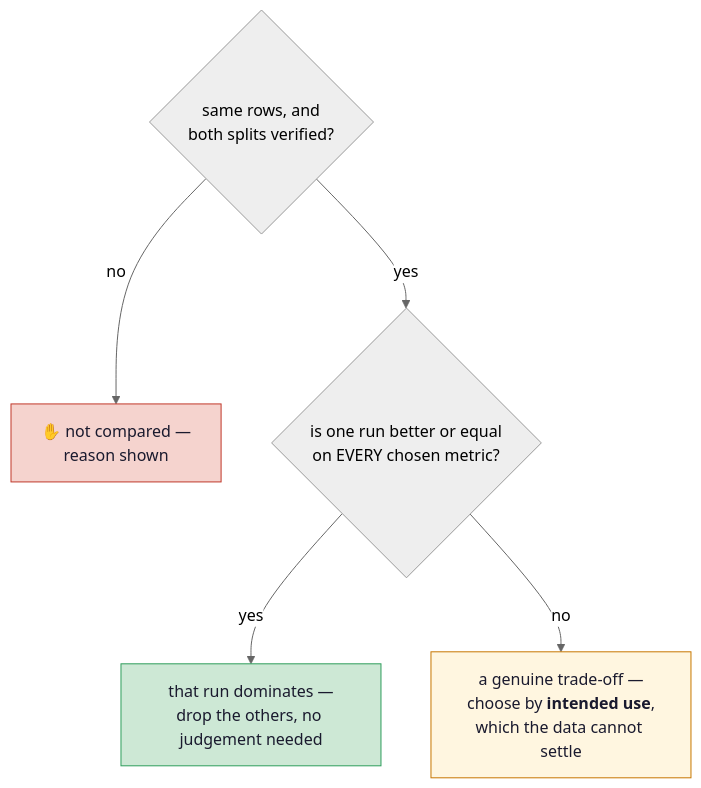
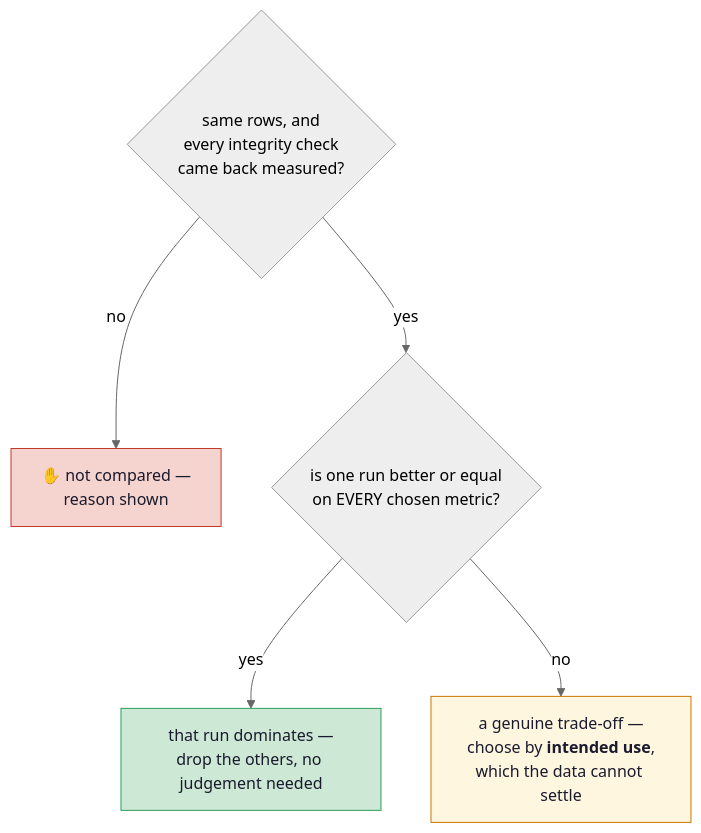
One commit to sabrinahartung/verifai-medical changed the fourth of 5 diagrams in docs/data-model.md. Above: the diagram before and after it, drawn with Mermaid (neutral theme). The commit also changed other lines of this file and 36 other files, not shown here.

````diff
--- a/docs/data-model.md
+++ b/docs/data-model.md
@@ -193,11 +199,11 @@
 ```mermaid
 flowchart TB
-    Q1{"same rows, and<br/>both splits verified?"}
+    Q1{"same rows, and<br/>every integrity check<br/>came back measured?"}
     Q1 -->|no| R1["✋ not compared —<br/>reason shown"]
     Q1 -->|yes| Q2{"is one run better or equal<br/>on EVERY chosen metric?"}
     Q2 -->|yes| R2["that run dominates —<br/>drop the others, no judgement needed"]
     Q2 -->|no| R3["a genuine trade-off —<br/>choose by <b>intended use</b>,<br/>which the data cannot settle"]
     style R1 fill:#F5D3CE,stroke:#C0392B,color:#1a1a2e
     style R2 fill:#CDE8D5,stroke:#2E9E5B,color:#1a1a2e
     style R3 fill:#FFF6E0,stroke:#C77700,color:#1a1a2e
 ```
````
